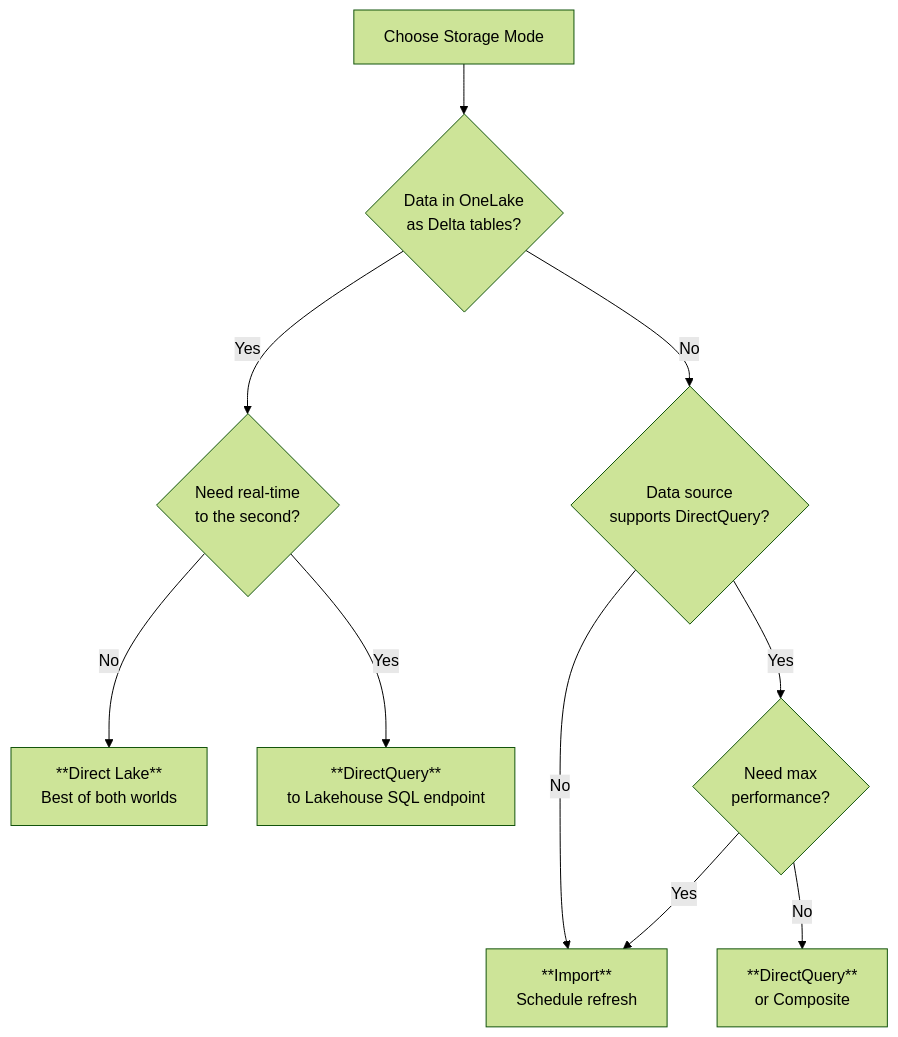
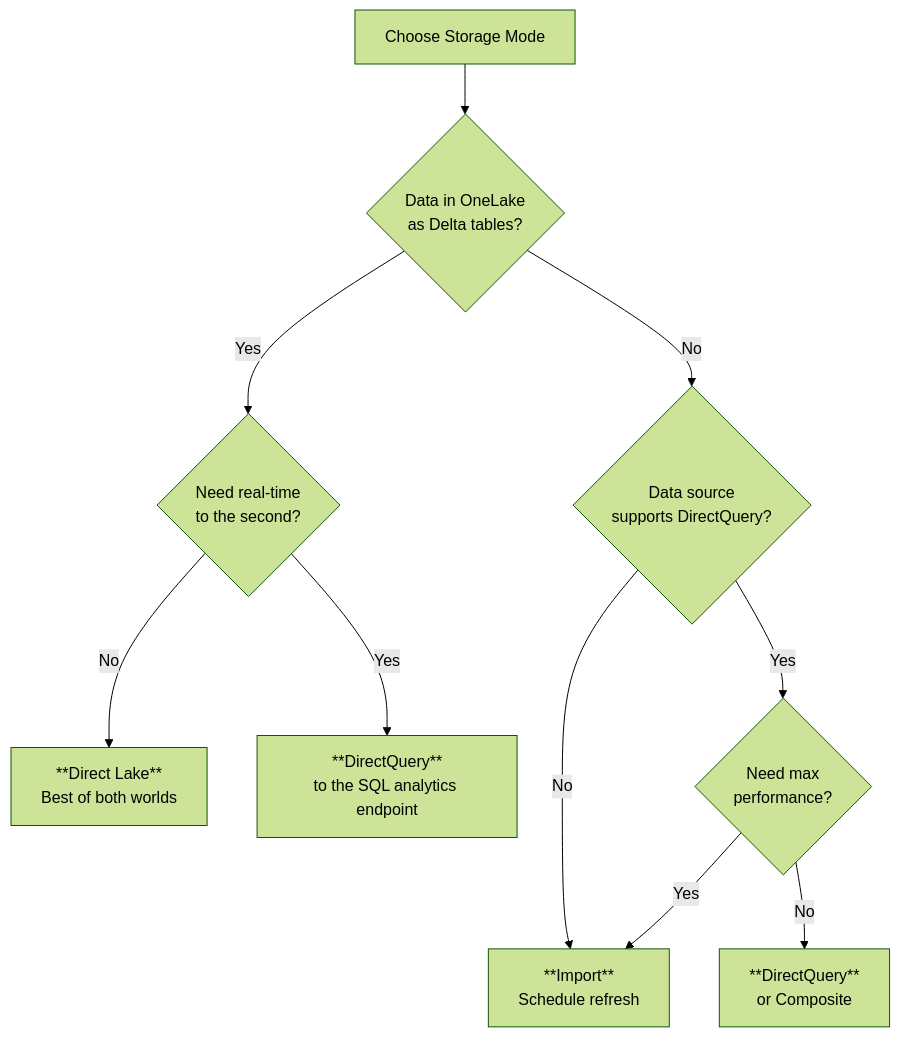
Before and after one commit to marcogrimaldi29/dp-600-study-notes: the first of 3 diagrams in 04-quick-reference-cheatsheet.md, drawn with Mermaid (forest theme). The commit also changed other lines of this file and 12 other files, not shown here.

````diff
--- a/04-quick-reference-cheatsheet.md
+++ b/04-quick-reference-cheatsheet.md
@@ -64,12 +66,12 @@
 ```mermaid
 flowchart TD
     A[Choose Storage Mode] --> B{Data in OneLake<br/>as Delta tables?}
     B -- Yes --> C{Need real-time<br/>to the second?}
     C -- No --> D["**Direct Lake**<br/>Best of both worlds"]
-    C -- Yes --> E["**DirectQuery**<br/>to Lakehouse SQL endpoint"]
+    C -- Yes --> E["**DirectQuery**<br/>to the SQL analytics endpoint"]
     B -- No --> F{Data source<br/>supports DirectQuery?}
     F -- No --> G["**Import**<br/>Schedule refresh"]
     F -- Yes --> H{Need max<br/>performance?}
     H -- Yes --> G
     H -- No --> I["**DirectQuery**<br/>or Composite"]
 ```
````
